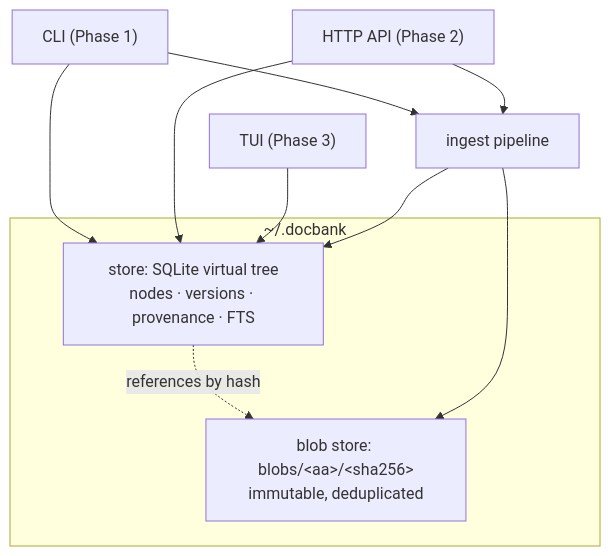
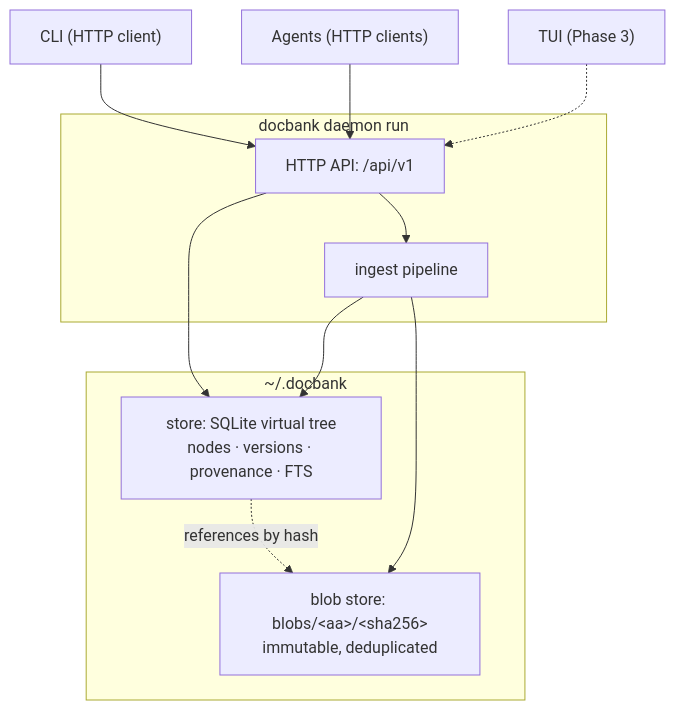
One commit to kenn-io/docbank changed the diagram in docs/architecture/overview.md. Above: the diagram before and after it, drawn with Mermaid. The commit also changed other lines of this file and 107 other files, not shown here.

First line of the commit message:
Phase 2: daemon-first infrastructure (#3)

````diff
--- a/docs/architecture/overview.md
+++ b/docs/architecture/overview.md
@@ -14,15 +15,22 @@
 ```mermaid
 flowchart TD
-    CLI["CLI (Phase 1)"] --> STORE
-    API["HTTP API (Phase 2)"] --> STORE
-    TUI["TUI (Phase 3)"] --> STORE
+    CLI["CLI (HTTP client)"]
+    AGENTS["Agents (HTTP clients)"]
+    TUI["TUI (Phase 3)"]
+    subgraph daemon ["docbank daemon run"]
+        API["HTTP API: /api/v1"]
+        INGEST["ingest pipeline"]
+    end
     subgraph vault ["~/.docbank"]
         STORE["store: SQLite virtual tree<br/>nodes · versions · provenance · FTS"]
         BLOBS["blob store: blobs/&lt;aa&gt;/&lt;sha256&gt;<br/>immutable, deduplicated"]
     end
+    CLI --> API
+    AGENTS --> API
+    TUI -.-> API
+    API --> STORE
+    API --> INGEST
+    INGEST --> STORE
+    INGEST --> BLOBS
     STORE -. "references by hash" .-> BLOBS
-    INGEST["ingest pipeline"] --> STORE
-    INGEST --> BLOBS
-    CLI --> INGEST
-    API --> INGEST
 ```
````
